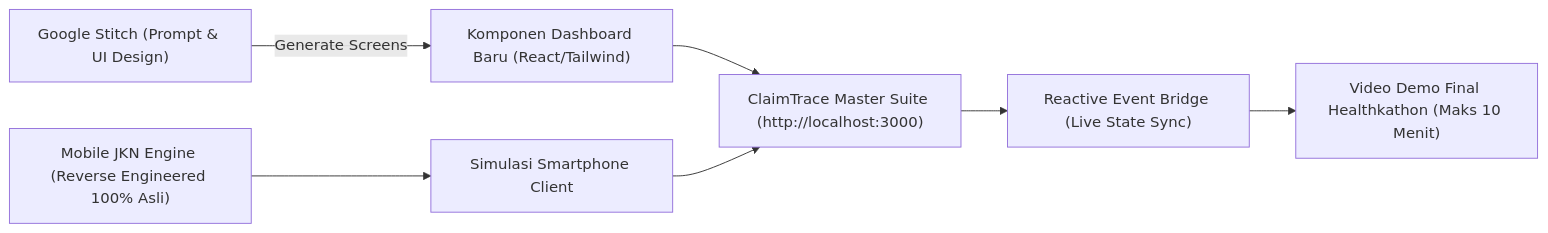
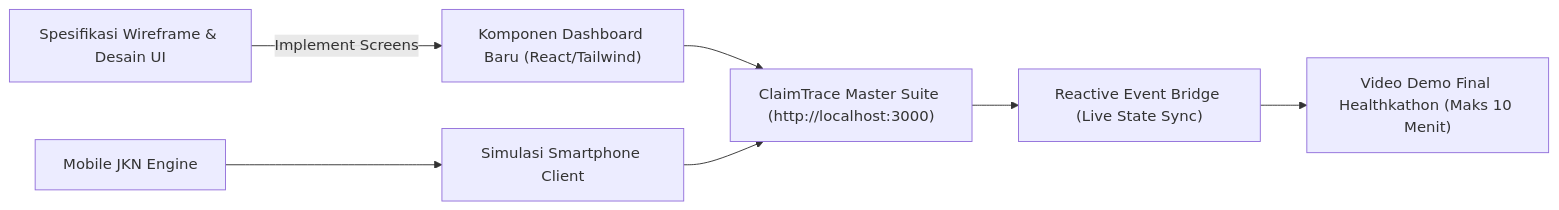
One commit to lombeytjhtt96-glitch/ClaimTrace changed the diagram in docs/INTEGRATION_PLAN.md. Above: the diagram before and after it, drawn with Mermaid. The commit also changed other lines of this file and 40 other files, not shown here.

````diff
--- a/docs/INTEGRATION_PLAN.md
+++ b/docs/INTEGRATION_PLAN.md
@@ -9,11 +9,11 @@
 ```mermaid
 flowchart LR
-    Stitch["Google Stitch (Prompt & UI Design)"] -->|Generate Screens| StitchAssets["Komponen Dashboard Baru (React/Tailwind)"]
-    MobileEngine["Mobile JKN Engine (Reverse Engineered 100% Asli)"] --> MobileClient["Simulasi Smartphone Client"]
+    UISpec["Spesifikasi Wireframe & Desain UI"] -->|Implement Screens| UIComponents["Komponen Dashboard Baru (React/Tailwind)"]
+    MobileEngine["Mobile JKN Engine"] --> MobileClient["Simulasi Smartphone Client"]
     
-    StitchAssets --> UnifiedSuite["ClaimTrace Master Suite (http://localhost:3000)"]
+    UIComponents --> UnifiedSuite["ClaimTrace Master Suite (http://localhost:3000)"]
     MobileClient --> UnifiedSuite
     
     UnifiedSuite --> StateSync["Reactive Event Bridge (Live State Sync)"]
     StateSync --> DemoVideo["Video Demo Final Healthkathon (Maks 10 Menit)"]
 ```
````
